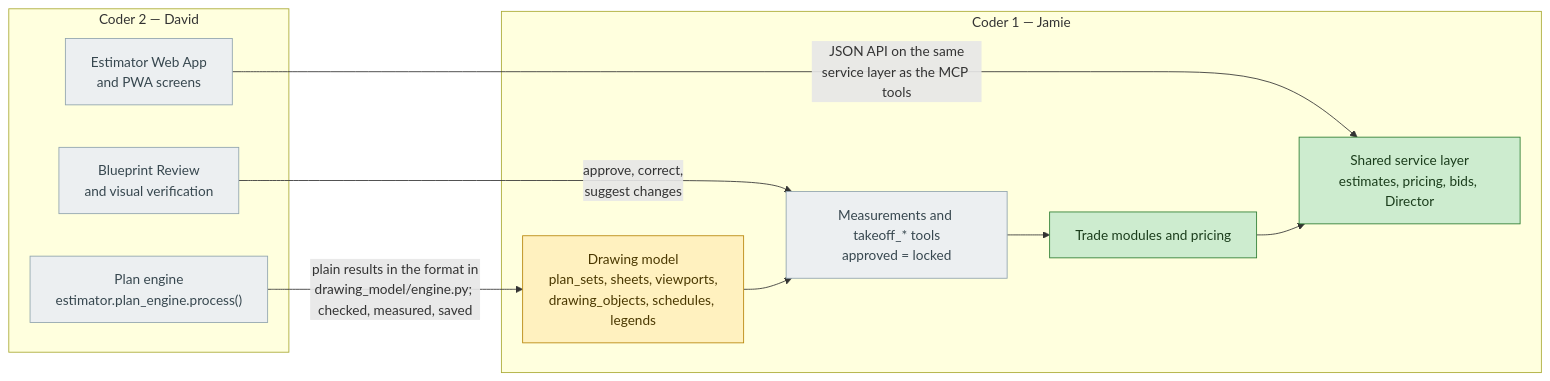
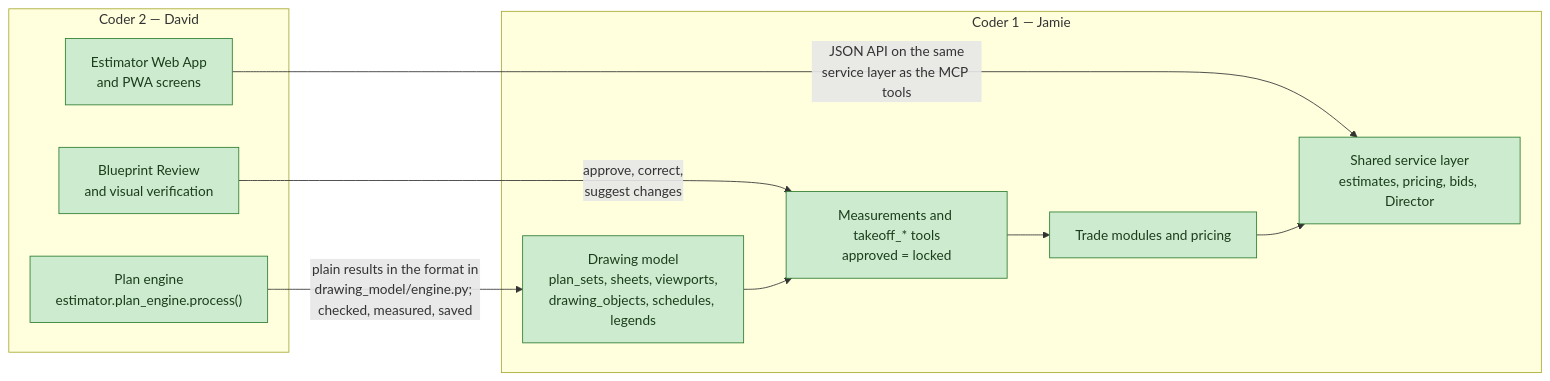
Before and after one commit to dvavro/AI-Prowler: the third of 3 diagrams in docs/estimator/AI-Prowler Estimator Design Spec.md, drawn with Mermaid. The commit also changed other lines of this file and 3 other files, not shown here.

````diff
--- a/docs/estimator/AI-Prowler Estimator Design Spec.md
+++ b/docs/estimator/AI-Prowler Estimator Design Spec.md
@@ -1181,24 +1181,24 @@
 ```mermaid
 flowchart LR
     subgraph D["Coder 2 — David"]
         ENG["Plan engine<br/>estimator.plan_engine.process()"]
         WEB["Estimator Web App<br/>and PWA screens"]
         BR["Blueprint Review<br/>and visual verification"]
     end
     subgraph J["Coder 1 — Jamie"]
         DM["Drawing model<br/>plan_sets, sheets, viewports,<br/>drawing_objects, schedules, legends"]
         SVC["Shared service layer<br/>estimates, pricing, bids, Director"]
         TK["Measurements and takeoff_* tools<br/>approved = locked"]
         TR["Trade modules and pricing"]
     end
     ENG -->|"plain results in the format in<br/>drawing_model/engine.py; checked, measured, saved"| DM
     WEB -->|"JSON API on the same<br/>service layer as the MCP tools"| SVC
     BR -->|"approve, correct,<br/>suggest changes"| TK
     DM --> TK --> TR --> SVC
     classDef done fill:#cdeccf,stroke:#2e7d32,color:#1b3d1c
     classDef wip fill:#fff1bf,stroke:#b8860b,color:#4a3800
     classDef todo fill:#eceff1,stroke:#90a4ae,color:#37474f
     class SVC,TR done
-    class DM wip
-    class TK,ENG,WEB,BR todo
+    class DM,TK done
+    class ENG,WEB,BR done
 ```
````
